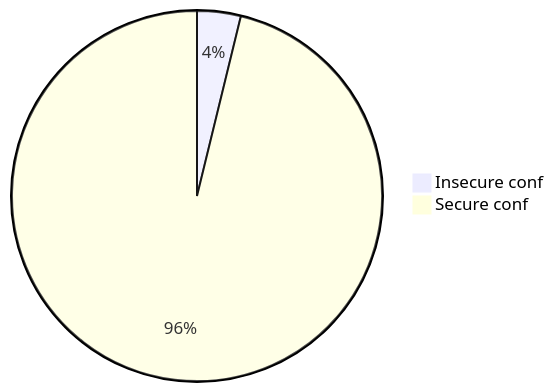
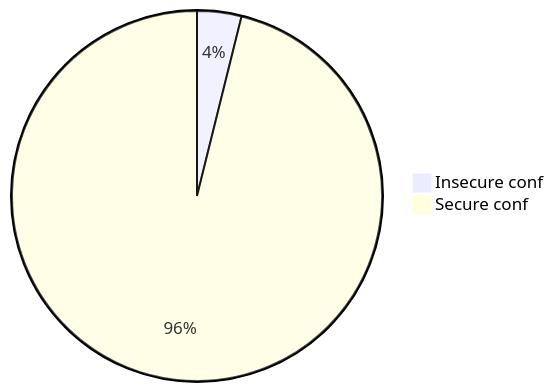
Before and after one commit to oshp/oshp-stats: diagram 20 of 22 in stats.md, drawn with Mermaid. The commit also changed other lines of this file, not shown here.

````diff
--- a/stats.md
+++ b/stats.md
@@ -240,6 +240,6 @@
 ```mermaid
 pie
-	"Insecure conf" : 3.81
-	"Secure conf" : 96.19
+	"Insecure conf" : 3.87
+	"Secure conf" : 96.14
 
 ```
````
